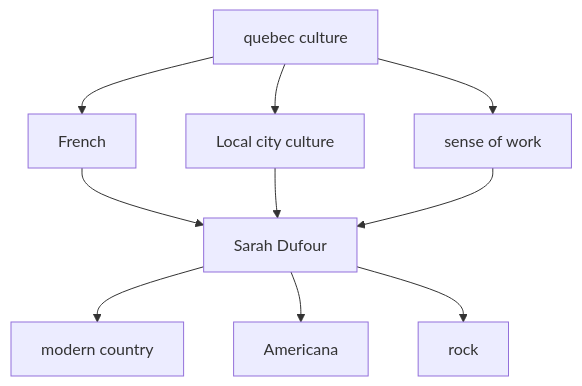
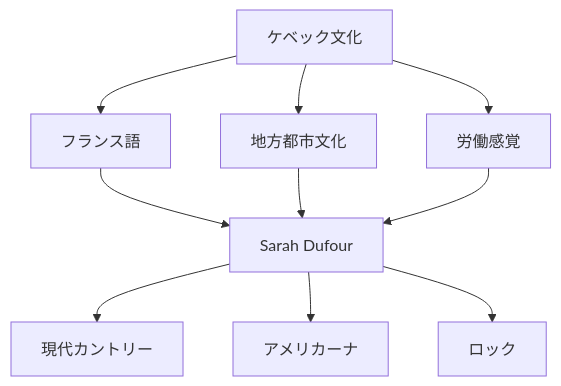
One commit to monumental-movement/monumental-movement.github.io changed the first of 9 diagrams in en/_posts/2026-05-09-column-sarah-dufour.md. Above: the diagram before and after it, drawn with Mermaid. The commit also changed other lines of this file and 2196 other files, not shown here.

```diff
--- a/en/_posts/2026-05-09-column-sarah-dufour.md
+++ b/en/_posts/2026-05-09-column-sarah-dufour.md
@@ -54,14 +54,14 @@
 <div class="mermaid">
 graph TD
-A[quebec culture] --> B[French]
-A --> C[Local city culture]
-A --> D[sense of work]
+A[ケベック文化] --> B[フランス語]
+A --> C[地方都市文化]
+A --> D[労働感覚]
 
 B --> E[Sarah Dufour]
 C --> E
 D --> E
 
-E --> F[modern country]
-E --> G[Americana]
-E --> H[rock]
+E --> F[現代カントリー]
+E --> G[アメリカーナ]
+E --> H[ロック]
 </div>
```
